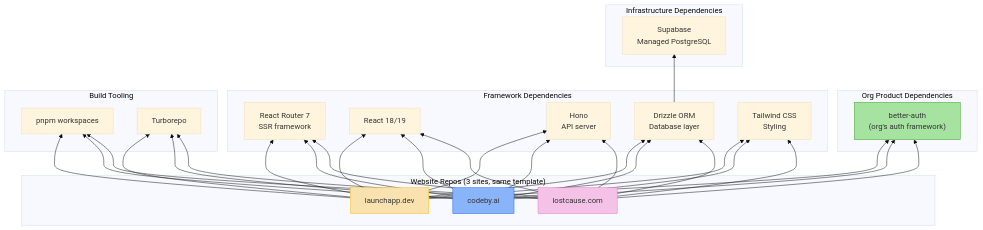
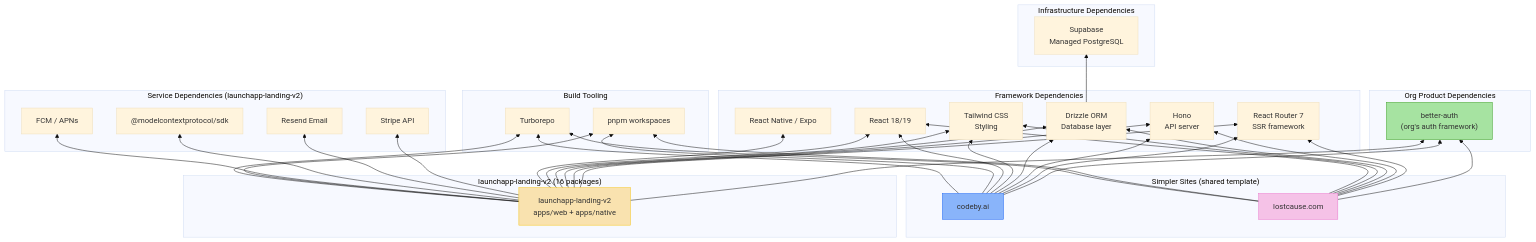
Before and after one commit to launchapp-dev/invoicer: the diagram in knowledge/architecture/websites-dependency.md, drawn with Mermaid (base theme). The commit also changed other lines of this file and 11 other files, not shown here.

First line of the commit message:
fix(architecture): verify and correct diagrams against actual source code (#28)

````diff
--- a/knowledge/architecture/websites-dependency.md
+++ b/knowledge/architecture/websites-dependency.md
@@ -21,65 +21,79 @@
 ```mermaid
 graph BT
-    subgraph "Website Repos (3 sites, same template)"
-        LAUNCH["launchapp.dev"]
+    subgraph "launchapp-landing-v2 (16 packages)"
+        LV2["launchapp-landing-v2<br/>apps/web + apps/native"]
+    end
+
+    subgraph "Simpler Sites (shared template)"
         CODEBY["codeby.ai"]
         LOST["lostcause.com"]
     end
 
     subgraph "Org Product Dependencies"
         BA["better-auth<br/>(org's auth framework)"]
     end
 
     subgraph "Framework Dependencies"
         RR7["React Router 7<br/>SSR framework"]
         REACT["React 18/19"]
         HONO["Hono<br/>API server"]
         DRIZZLE["Drizzle ORM<br/>Database layer"]
         TW["Tailwind CSS<br/>Styling"]
+        EXPO["React Native / Expo"]
+    end
+
+    subgraph "Service Dependencies (launchapp-landing-v2)"
+        STRIPE["Stripe API"]
+        RESEND["Resend Email"]
+        MCP_SDK["@modelcontextprotocol/sdk"]
+        FCM["FCM / APNs"]
     end
 
     subgraph "Infrastructure Dependencies"
         SUPA["Supabase<br/>Managed PostgreSQL"]
     end
 
     subgraph "Build Tooling"
         PNPM["pnpm workspaces"]
         TURBO["Turborepo"]
     end
 
-    LAUNCH --> BA
+    LV2 --> BA
+    LV2 --> RR7
+    LV2 --> HONO
+    LV2 --> DRIZZLE
+    LV2 --> TW
+    LV2 --> REACT
+    LV2 --> EXPO
+    LV2 --> STRIPE
+    LV2 --> RESEND
+    LV2 --> MCP_SDK
+    LV2 --> FCM
+
     CODEBY --> BA
     LOST --> BA
-
-    LAUNCH --> RR7
-    LAUNCH --> HONO
-    LAUNCH --> DRIZZLE
-    LAUNCH --> TW
-    LAUNCH --> REACT
-
     CODEBY --> RR7
     CODEBY --> HONO
     CODEBY --> DRIZZLE
     CODEBY --> TW
     CODEBY --> REACT
-
     LOST --> RR7
     LOST --> HONO
     LOST --> DRIZZLE
     LOST --> TW
     LOST --> REACT
 
     DRIZZLE --> SUPA
 
-    LAUNCH --> PNPM
-    LAUNCH --> TURBO
+    LV2 --> PNPM
+    LV2 --> TURBO
     CODEBY --> PNPM
     CODEBY --> TURBO
     LOST --> PNPM
     LOST --> TURBO
 
     style BA fill:#a6e3a1,stroke:#40a02b
-    style LAUNCH fill:#f9e2af,stroke:#f5c211
+    style LV2 fill:#f9e2af,stroke:#f5c211
     style CODEBY fill:#89b4fa,stroke:#1e66f5
     style LOST fill:#f5c2e7,stroke:#ea76cb
 ```
````
